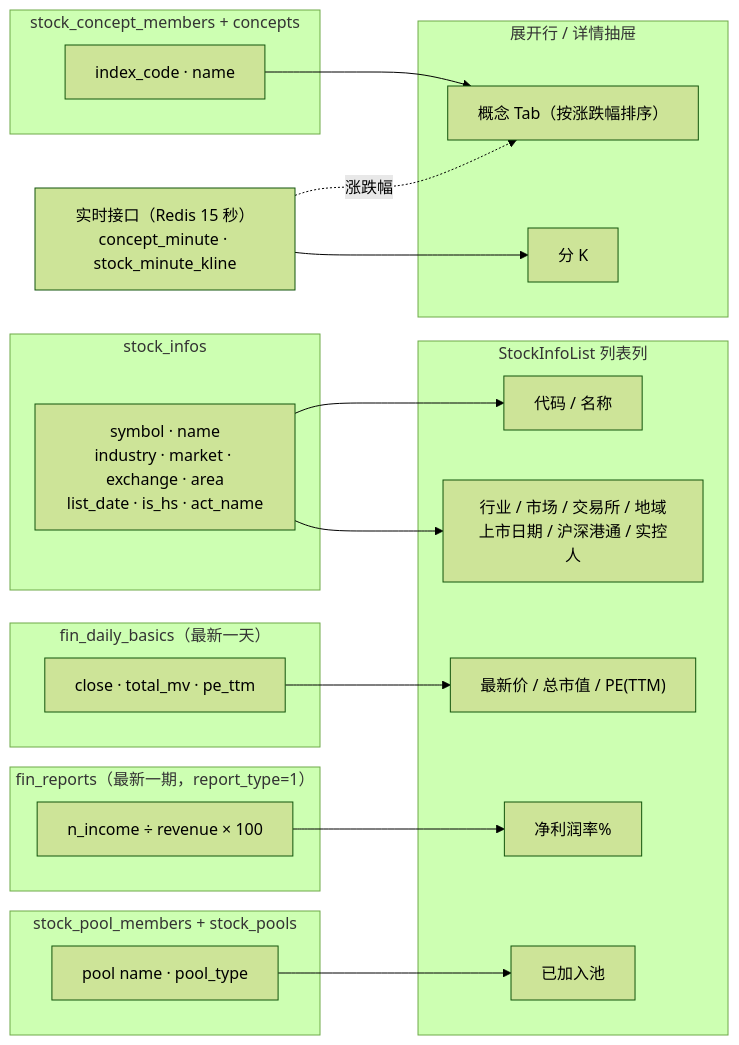
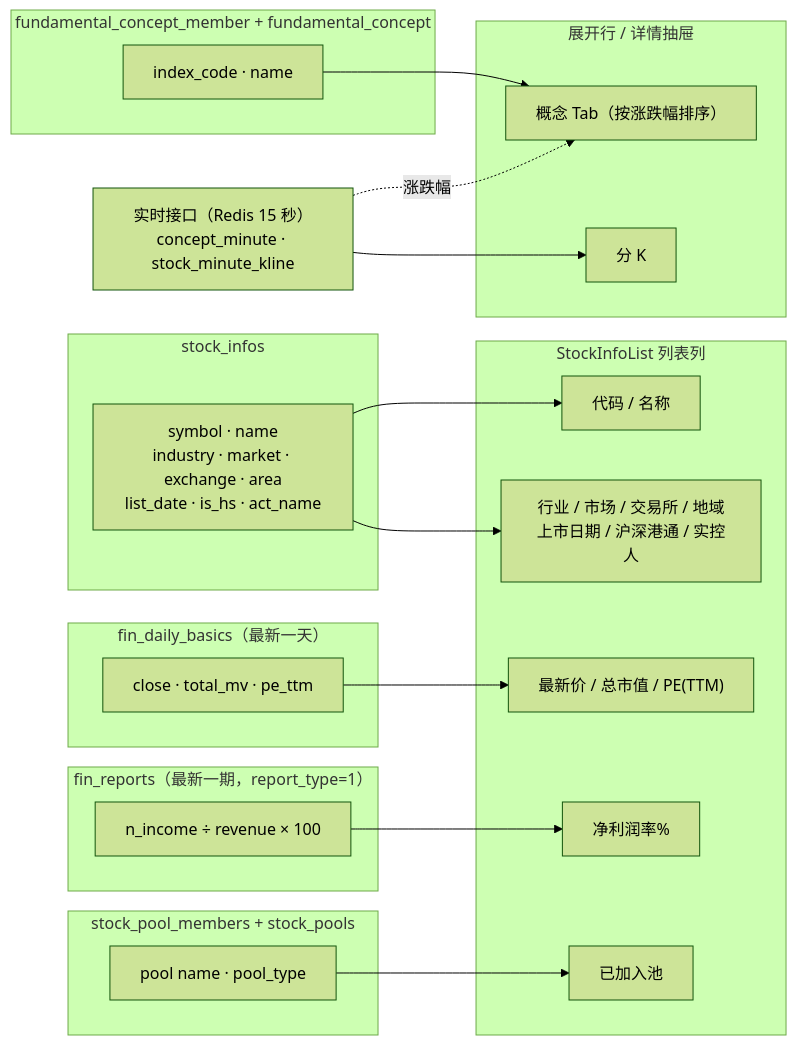
Before and after one commit to 1294117457/Attribution_Analysis: the diagram in docs/backend-docs/overview/stockInfo概要.md, drawn with Mermaid (forest theme). The commit also changed other lines of this file and 68 other files, not shown here.

````diff
--- a/docs/backend-docs/overview/stockInfo概要.md
+++ b/docs/backend-docs/overview/stockInfo概要.md
@@ -67,41 +67,41 @@
 ```mermaid
 flowchart LR
     subgraph T1["stock_infos"]
         SI["symbol · name<br/>industry · market · exchange · area<br/>list_date · is_hs · act_name"]
     end
     subgraph T2["fin_daily_basics（最新一天）"]
         FDB["close · total_mv · pe_ttm"]
     end
     subgraph T3["fin_reports（最新一期，report_type=1）"]
         FR["n_income ÷ revenue × 100"]
     end
     subgraph T4["stock_pool_members + stock_pools"]
         PL["pool name · pool_type"]
     end
 
     subgraph UI["StockInfoList 列表列"]
         C1["代码 / 名称"]
         C2["行业 / 市场 / 交易所 / 地域<br/>上市日期 / 沪深港通 / 实控人"]
         C3["最新价 / 总市值 / PE(TTM)"]
         C4["净利润率%"]
         C5["已加入池"]
     end
 
     SI --> C1
     SI --> C2
     FDB --> C3
     FR --> C4
     PL --> C5
 
-    subgraph T5["stock_concept_members + concepts"]
+    subgraph T5["fundamental_concept_member + fundamental_concept"]
         CP["index_code · name"]
     end
     RT["实时接口（Redis 15 秒）<br/>concept_minute · stock_minute_kline"]
     subgraph D["展开行 / 详情抽屉"]
         D1["概念 Tab（按涨跌幅排序）"]
         D2["分 K"]
     end
     CP --> D1
     RT -. "涨跌幅" .-> D1
     RT --> D2
 ```
````
